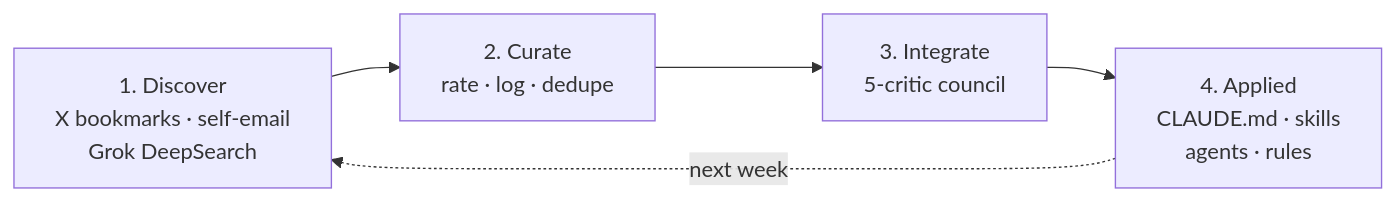
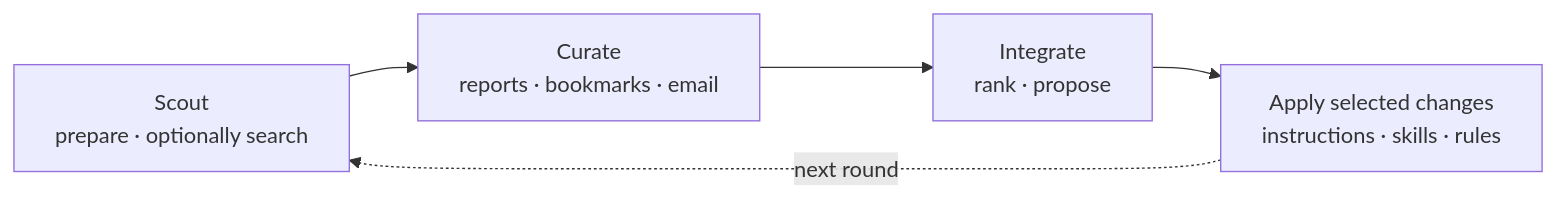
One commit to chrisblattman/claudeblattman changed the diagram in docs/hyperlinks/continuous-improvement.md. Above: the diagram before and after it, drawn with Mermaid. The commit also changed other lines of this file and 121 other files, not shown here.

````diff
--- a/docs/hyperlinks/continuous-improvement.md
+++ b/docs/hyperlinks/continuous-improvement.md
@@ -23,9 +23,9 @@
 ```mermaid
 graph LR
-    D["1. Discover<br/>X bookmarks &middot; self-email<br/>Grok DeepSearch"]
-    C["2. Curate<br/>rate &middot; log &middot; dedupe"]
-    I["3. Integrate<br/>5-critic council"]
-    A["4. Applied<br/>CLAUDE.md &middot; skills<br/>agents &middot; rules"]
-    D --> C --> I --> A
-    A -.->|next week| D
+    S["Scout<br/>prepare · optionally search"]
+    C["Curate<br/>reports · bookmarks · email"]
+    I["Integrate<br/>rank · propose"]
+    A["Apply selected changes<br/>instructions · skills · rules"]
+    S --> C --> I --> A
+    A -.->|next round| S
 ```
````
